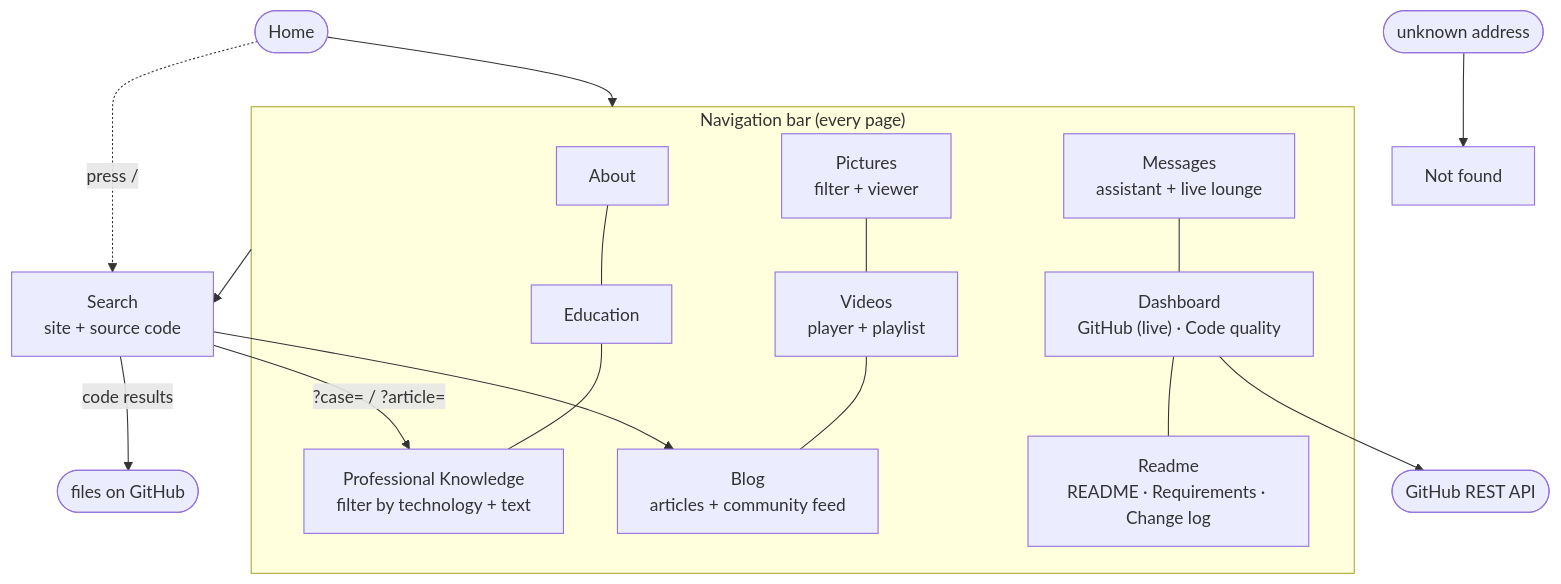
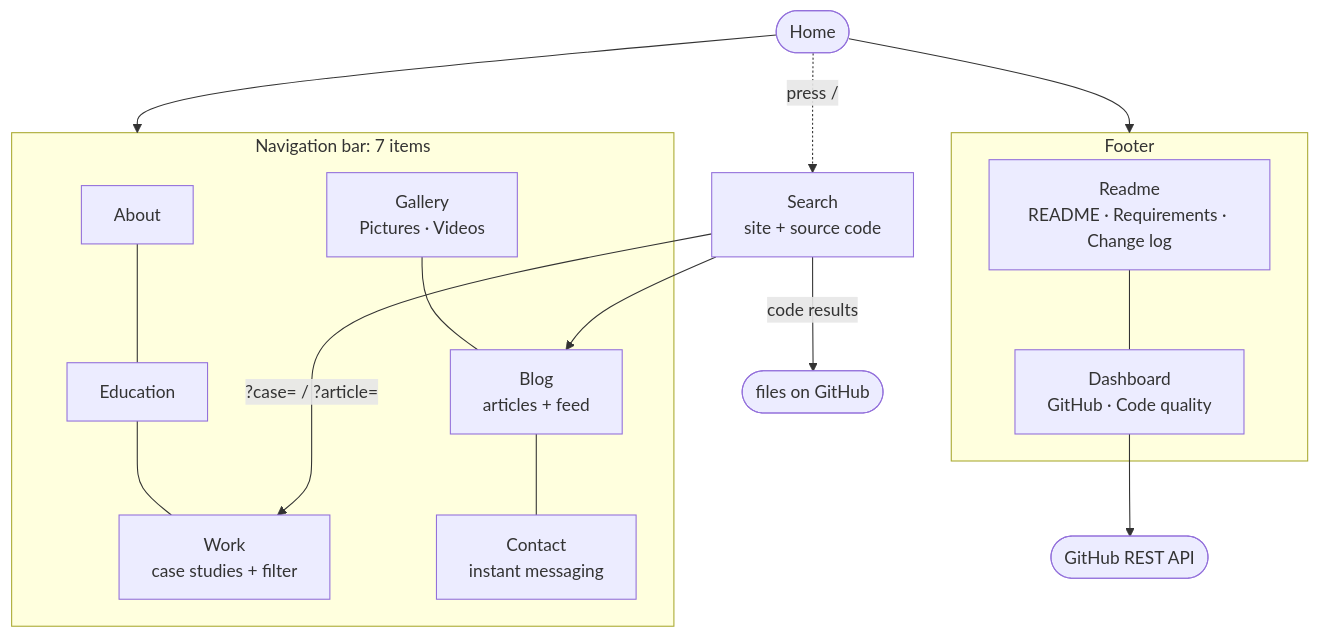
Before and after one commit to Jagruti731/cs5709-digital-portfolio: the diagram in docs/diagrams/site-scheme-v2.mmd, drawn with Mermaid. The commit also changed 33 other files, not shown here.

```diff
--- a/docs/diagrams/site-scheme-v2.mmd
+++ b/docs/diagrams/site-scheme-v2.mmd
@@ -1,17 +1,17 @@
 flowchart TB
   home(["Home"])
-  subgraph MENU["Navigation bar (every page)"]
-    about[About] --- edu[Education] --- know["Professional Knowledge<br/>filter by technology + text"]
-    gal["Pictures<br/>filter + viewer"] --- vid["Videos<br/>player + playlist"] --- blog["Blog<br/>articles + community feed"]
-    msg["Messages<br/>assistant + live lounge"] --- dash["Dashboard<br/>GitHub (live) · Code quality"] --- readme["Readme<br/>README · Requirements · Change log"]
+  subgraph MENU["Navigation bar: 7 items"]
+    about[About] --- edu[Education] --- know["Work<br/>case studies + filter"]
+    gal["Gallery<br/>Pictures · Videos"] --- blog["Blog<br/>articles + feed"] --- msg["Contact<br/>instant messaging"]
+  end
+  subgraph FOOT["Footer"]
+    readme["Readme<br/>README · Requirements · Change log"] --- dash["Dashboard<br/>GitHub · Code quality"]
   end
   search["Search<br/>site + source code"]
-  nf["Not found"]
   home --> MENU
+  home --> FOOT
   home -. "press /" .-> search
-  MENU --> search
   search -- "?case= / ?article=" --> know
   search --> blog
   search -- "code results" --> gh(["files on GitHub"])
   dash --> gh2(["GitHub REST API"])
-  any(["unknown address"]) --> nf
```
